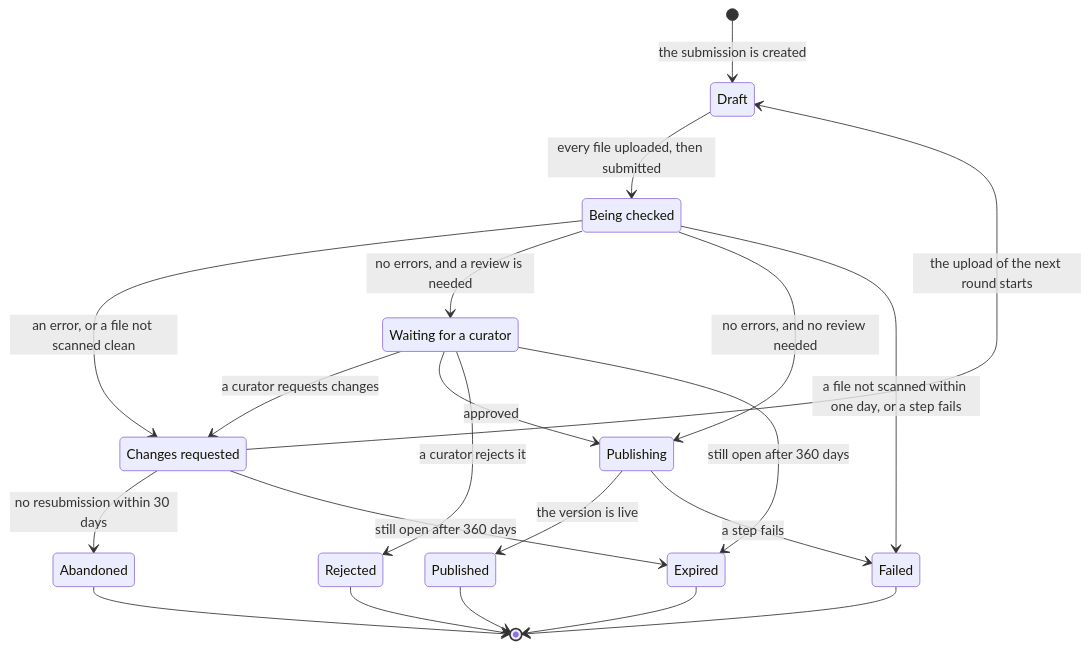
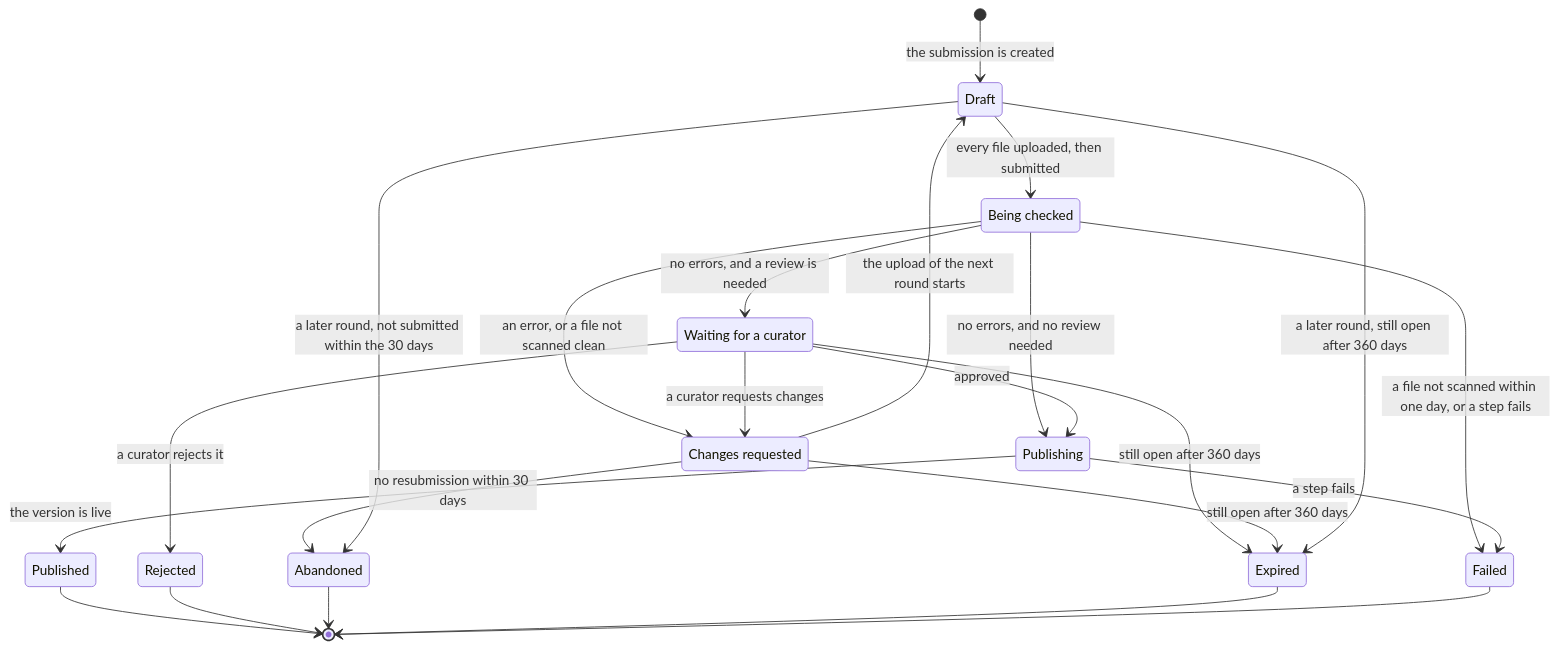
The diagram in docs/guide/using-the-archive.md (schuettc/research-archive-in-a-box), drawn with Mermaid before and after one commit. The commit also changed 1 other file, not shown here.

Commit message:
The diagrams say what is open with WAF off, how a later round's draft ends, and what a presigned link is

````diff
--- a/docs/guide/using-the-archive.md
+++ b/docs/guide/using-the-archive.md
@@ -83,34 +83,36 @@
 ```mermaid
 stateDiagram-v2
   state "Draft" as draft
   state "Being checked" as checking
   state "Changes requested" as changes
   state "Waiting for a curator" as review
   state "Publishing" as publishing
   state "Published" as published
   state "Rejected" as rejected
   state "Abandoned" as abandoned
   state "Expired" as expired
   state "Failed" as failed
 
   [*] --> draft: the submission is created
   draft --> checking: every file uploaded, then submitted
   checking --> changes: an error, or a file not scanned clean
   checking --> review: no errors, and a review is needed
   checking --> publishing: no errors, and no review needed
   review --> changes: a curator requests changes
   review --> publishing: approved
   review --> rejected: a curator rejects it
   changes --> draft: the upload of the next round starts
   changes --> abandoned: no resubmission within 30 days
+  draft --> abandoned: a later round, not submitted within the 30 days
   publishing --> published: the version is live
   review --> expired: still open after 360 days
   changes --> expired: still open after 360 days
+  draft --> expired: a later round, still open after 360 days
   checking --> failed: a file not scanned within one day, or a step fails
   publishing --> failed: a step fails
   published --> [*]
   rejected --> [*]
   abandoned --> [*]
   expired --> [*]
   failed --> [*]
 ```
````
